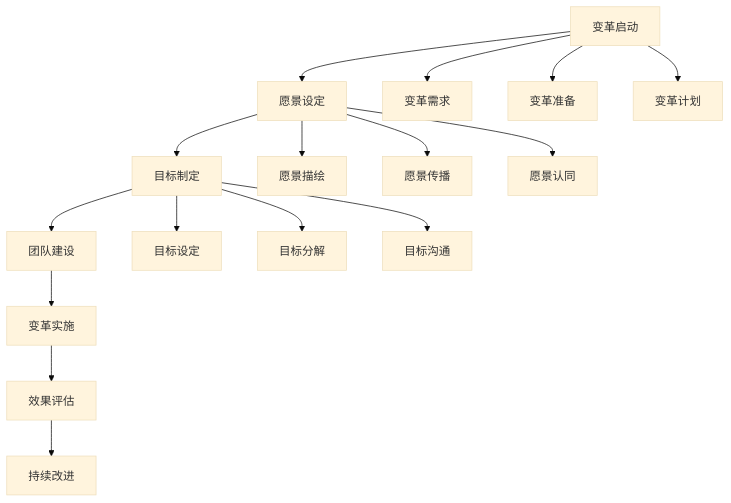
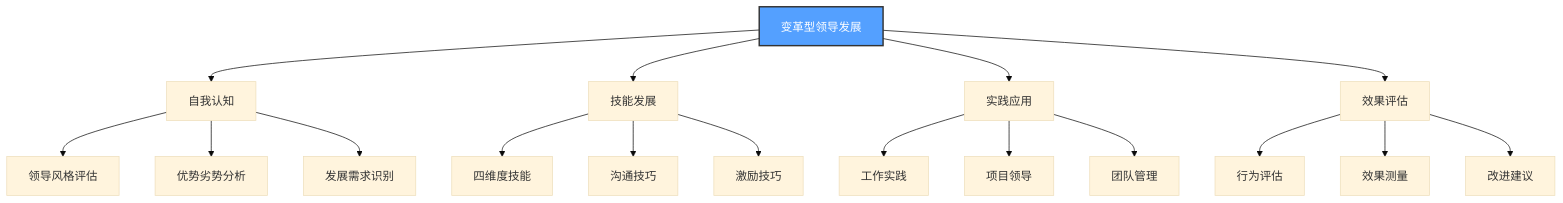
One commit to Anping2017/obsidian changed the eighth of 8 diagrams in 企业领导力/02-理论理解层/现代领导理论/01-变革型领导.md. Above: the diagram before and after it, drawn with Mermaid (base theme). The commit also changed other lines of this file and 8 other files, not shown here.

````diff
--- a/企业领导力/02-理论理解层/现代领导理论/01-变革型领导.md
+++ b/企业领导力/02-理论理解层/现代领导理论/01-变革型领导.md
@@ -253,21 +254,25 @@
 ```mermaid
 graph TD
-    A[变革启动] --> B[愿景设定]
-    B --> C[目标制定]
-    C --> D[团队建设]
-    D --> E[变革实施]
-    E --> F[效果评估]
-    F --> G[持续改进]
+    A[变革型领导发展] --> B[自我认知]
+    A --> C[技能发展]
+    A --> D[实践应用]
+    A --> E[效果评估]
     
-    A --> A1[变革需求]
-    A --> A2[变革准备]
-    A --> A3[变革计划]
+    B --> B1[领导风格评估]
+    B --> B2[优势劣势分析]
+    B --> B3[发展需求识别]
     
-    B --> B1[愿景描绘]
-    B --> B2[愿景传播]
-    B --> B3[愿景认同]
+    C --> C1[四维度技能]
+    C --> C2[沟通技巧]
+    C --> C3[激励技巧]
     
-    C --> C1[目标设定]
-    C --> C2[目标分解]
-    C --> C3[目标沟通]
+    D --> D1[工作实践]
+    D --> D2[项目领导]
+    D --> D3[团队管理]
+    
+    E --> E1[行为评估]
+    E --> E2[效果测量]
+    E --> E3[改进建议]
+    
+    style A fill:#54a0ff,stroke:#333,stroke-width:2px,color:#fff
 ```
````
